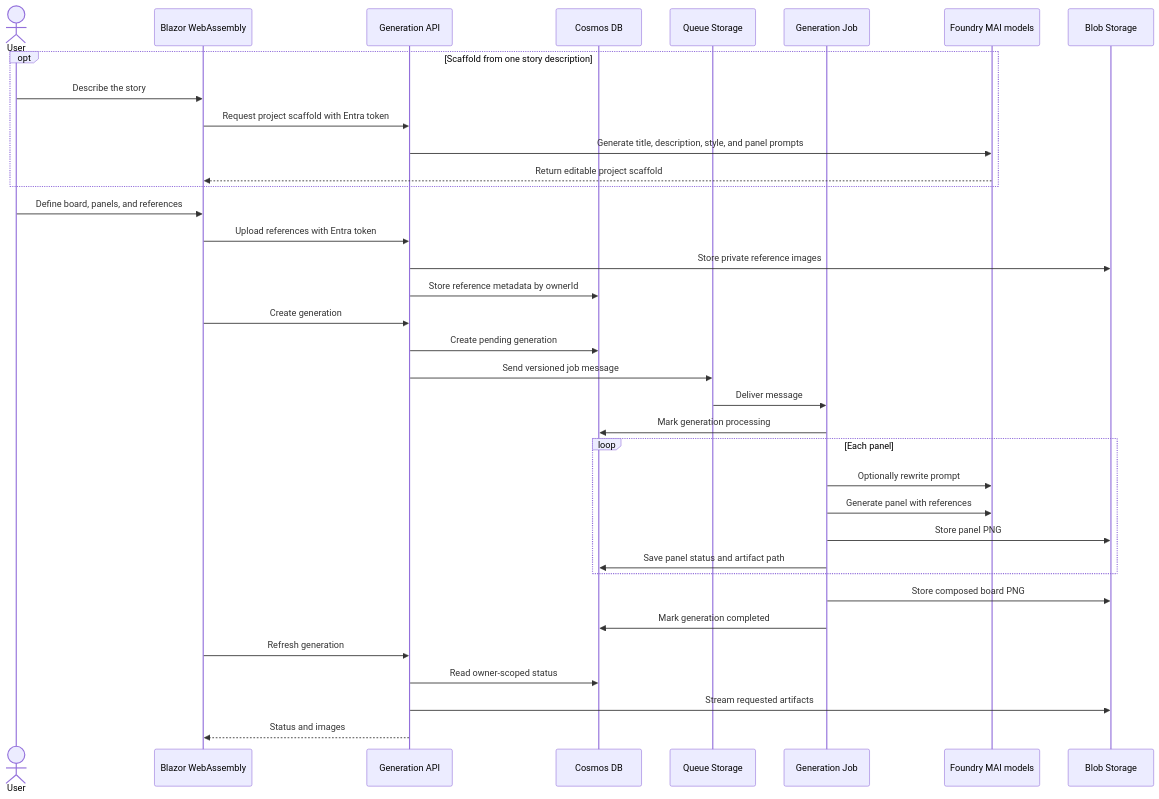
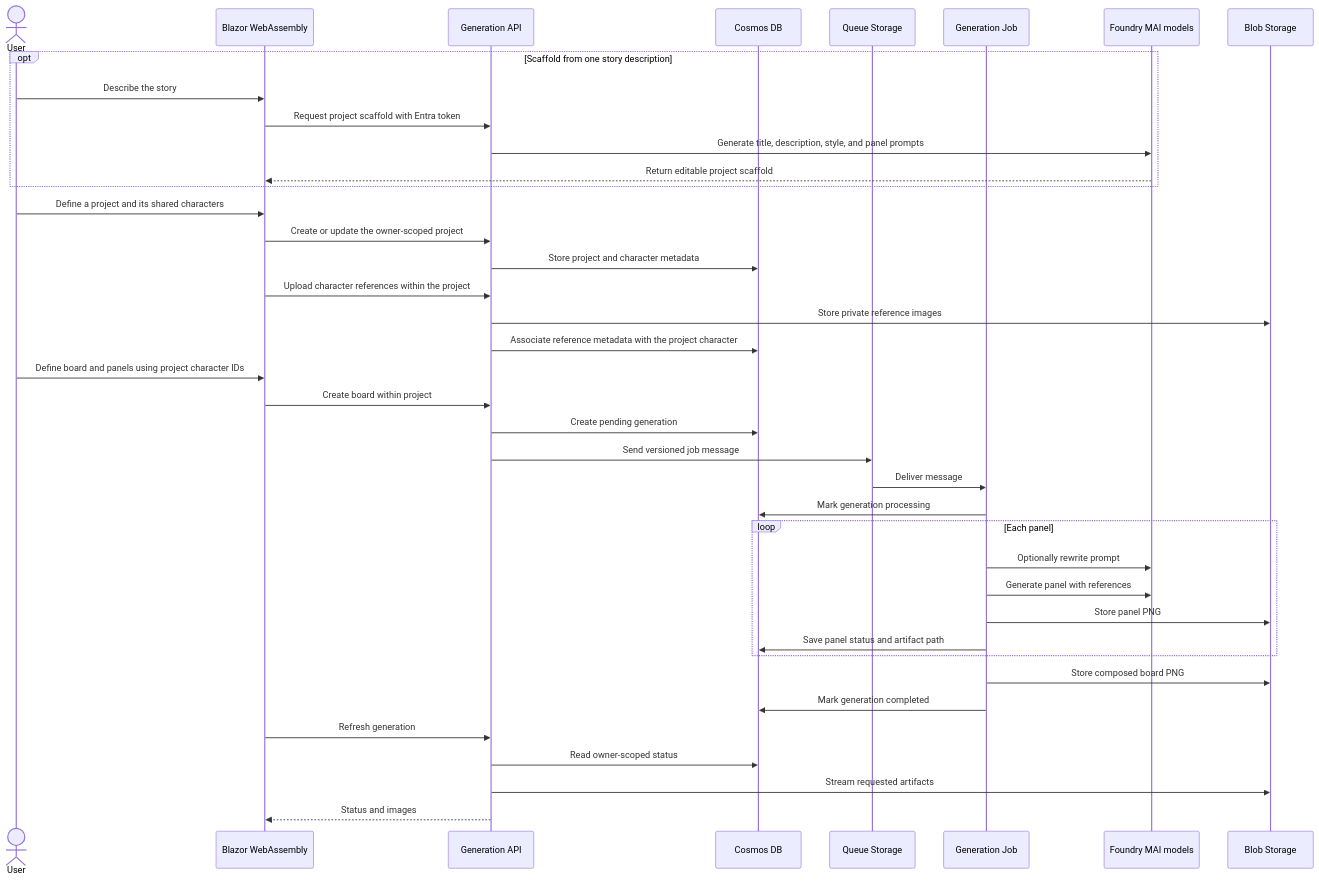
One commit to mathieumack/foundry-comics-mai changed the second of 2 diagrams in docs/architecture.md. Above: the diagram before and after it, drawn with Mermaid. The commit also changed other lines of this file and 7 other files, not shown here.

Commit message:
Add project-scoped API endpoints

````diff
--- a/docs/architecture.md
+++ b/docs/architecture.md
@@ -44,38 +44,41 @@
 ```mermaid
 sequenceDiagram
     actor User
     participant Web as Blazor WebAssembly
     participant API as Generation API
     participant DB as Cosmos DB
     participant Queue as Queue Storage
     participant Job as Generation Job
     participant MAI as Foundry MAI models
     participant Blob as Blob Storage
     opt Scaffold from one story description
         User->>Web: Describe the story
         Web->>API: Request project scaffold with Entra token
         API->>MAI: Generate title, description, style, and panel prompts
         MAI-->>Web: Return editable project scaffold
     end
-    User->>Web: Define board, panels, and references
-    Web->>API: Upload references with Entra token
+    User->>Web: Define a project and its shared characters
+    Web->>API: Create or update the owner-scoped project
+    API->>DB: Store project and character metadata
+    Web->>API: Upload character references within the project
     API->>Blob: Store private reference images
-    API->>DB: Store reference metadata by ownerId
-    Web->>API: Create generation
+    API->>DB: Associate reference metadata with the project character
+    User->>Web: Define board and panels using project character IDs
+    Web->>API: Create board within project
     API->>DB: Create pending generation
     API->>Queue: Send versioned job message
     Queue->>Job: Deliver message
     Job->>DB: Mark generation processing
     loop Each panel
         Job->>MAI: Optionally rewrite prompt
         Job->>MAI: Generate panel with references
         Job->>Blob: Store panel PNG
         Job->>DB: Save panel status and artifact path
     end
     Job->>Blob: Store composed board PNG
     Job->>DB: Mark generation completed
     Web->>API: Refresh generation
     API->>DB: Read owner-scoped status
     API->>Blob: Stream requested artifacts
     API-->>Web: Status and images
 ```
````
